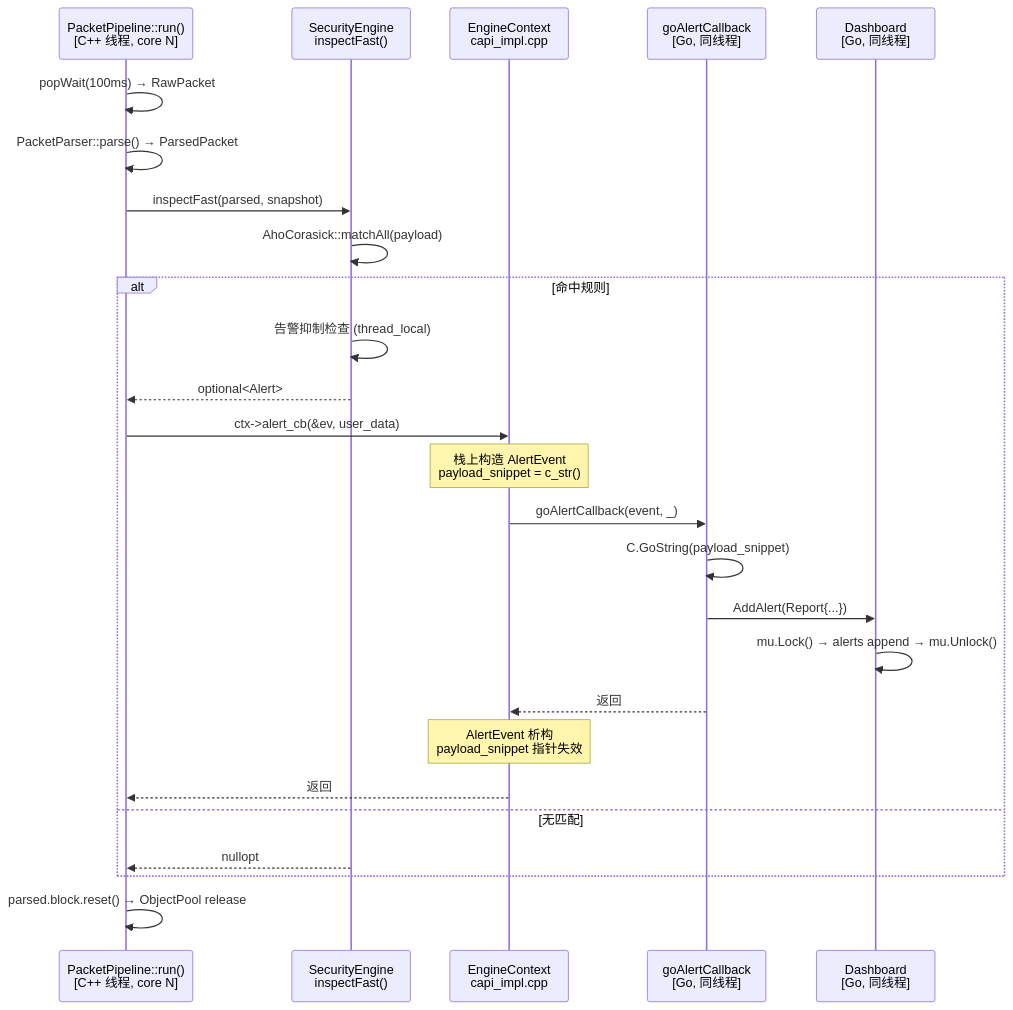
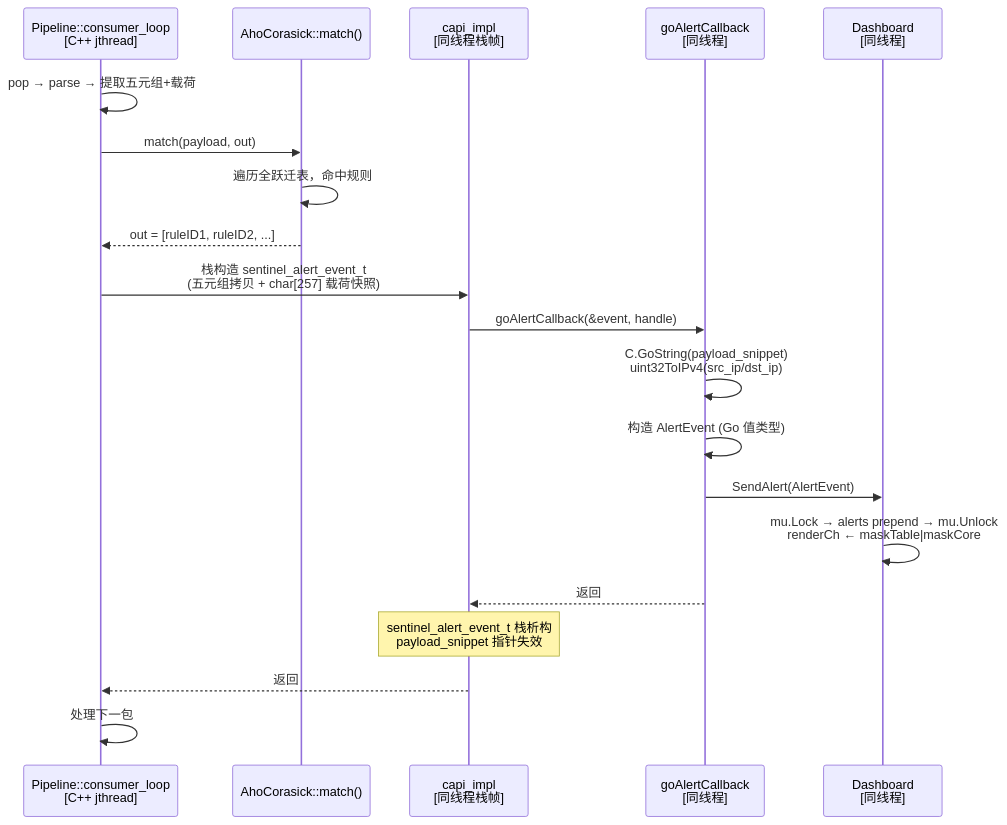
One commit to qizhi125/Sentinel-Flow changed the first of 2 diagrams in docs/cgo_boundary.md. Above: the diagram before and after it, drawn with Mermaid. The commit also changed other lines of this file and 54 other files, not shown here.

````diff
--- a/docs/cgo_boundary.md
+++ b/docs/cgo_boundary.md
@@ -136,29 +300,23 @@
 ```mermaid
 sequenceDiagram
-    participant PL as PacketPipeline::run()<br/>[C++ 线程, core N]
-    participant SE as SecurityEngine<br/>inspectFast()
-    participant CTX as EngineContext<br/>capi_impl.cpp
-    participant GO as goAlertCallback<br/>[Go, 同线程]
-    participant DASH as Dashboard<br/>[Go, 同线程]
+    participant PL as Pipeline::consumer_loop<br/>[C++ jthread]
+    participant AC as AhoCorasick::match()
+    participant CTX as capi_impl<br/>[同线程栈帧]
+    participant GO as goAlertCallback<br/>[同线程]
+    participant DASH as Dashboard<br/>[同线程]
 
-    PL->>PL: popWait(100ms) → RawPacket
-    PL->>PL: PacketParser::parse() → ParsedPacket
-    PL->>SE: inspectFast(parsed, snapshot)
-    SE->>SE: AhoCorasick::matchAll(payload)
-    alt 命中规则
-        SE->>SE: 告警抑制检查 (thread_local)
-        SE-->>PL: optional<Alert>
-        PL->>CTX: ctx->alert_cb(&ev, user_data)
-        Note over CTX: 栈上构造 AlertEvent<br/>payload_snippet = c_str()
-        CTX->>GO: goAlertCallback(event, _)
-        GO->>GO: C.GoString(payload_snippet)
-        GO->>DASH: AddAlert(Report{...})
-        DASH->>DASH: mu.Lock() → alerts append → mu.Unlock()
-        GO-->>CTX: 返回
-        Note over CTX: AlertEvent 析构<br/>payload_snippet 指针失效
-        CTX-->>PL: 返回
-    else 无匹配
-        SE-->>PL: nullopt
-    end
-    PL->>PL: parsed.block.reset() → ObjectPool release
+    PL->>PL: pop → parse → 提取五元组+载荷
+    PL->>AC: match(payload, out)
+    AC->>AC: 遍历全跃迁表，命中规则
+    AC-->>PL: out = [ruleID1, ruleID2, ...]
+    PL->>CTX: 栈构造 sentinel_alert_event_t<br/>(五元组拷贝 + char[257] 载荷快照)
+    CTX->>GO: goAlertCallback(&event, handle)
+    GO->>GO: C.GoString(payload_snippet)<br/>uint32ToIPv4(src_ip/dst_ip)
+    GO->>GO: 构造 AlertEvent (Go 值类型)
+    GO->>DASH: SendAlert(AlertEvent)
+    DASH->>DASH: mu.Lock → alerts prepend → mu.Unlock<br/>renderCh ← maskTable|maskCore
+    GO-->>CTX: 返回
+    Note over CTX: sentinel_alert_event_t 栈析构<br/>payload_snippet 指针失效
+    CTX-->>PL: 返回
+    PL->>PL: 处理下一包
 ```
````
